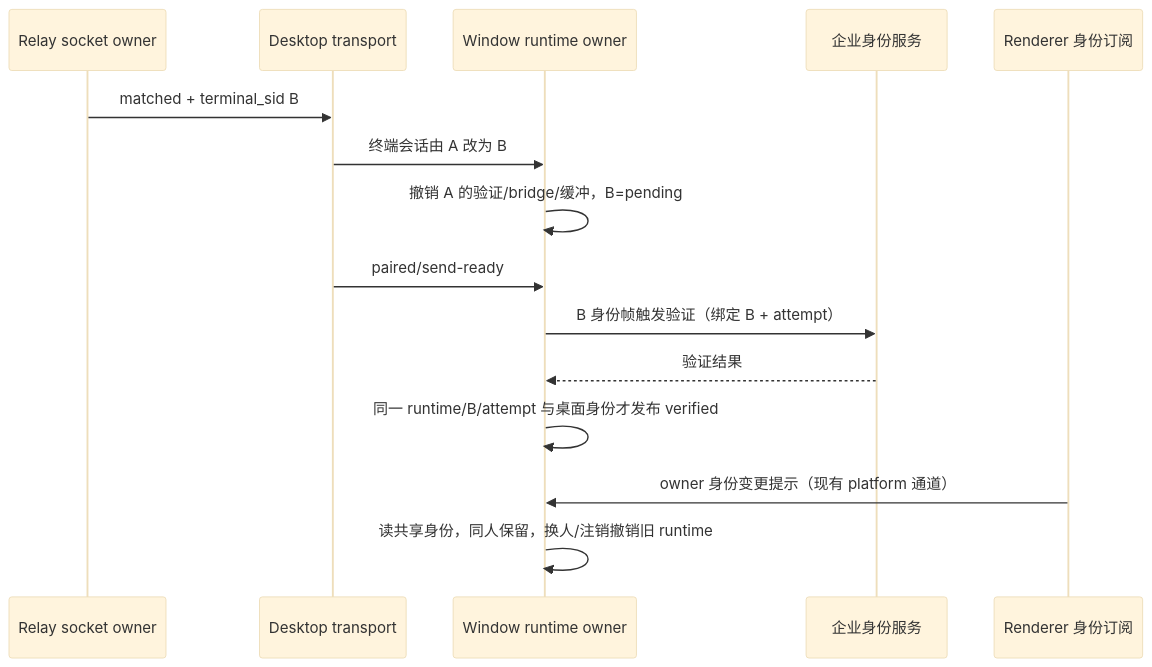
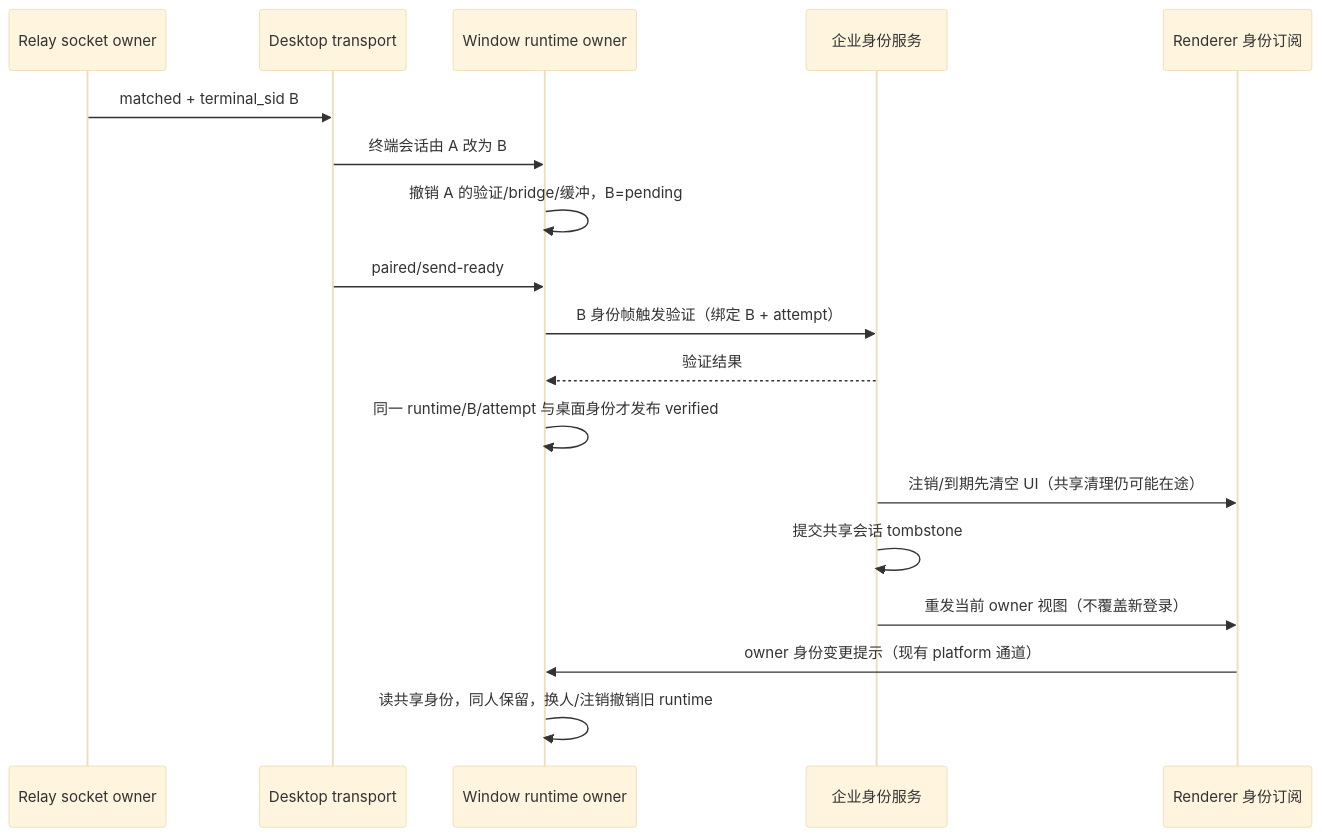
The diagram in specs/remote-control-enterprise-auth.md (Jas0nxlee/UWork_frontend), drawn with Mermaid (base theme) before and after one commit. The commit also changed other lines of this file and 3 other files, not shown here.

````diff
--- a/specs/remote-control-enterprise-auth.md
+++ b/specs/remote-control-enterprise-auth.md
@@ -61,17 +62,20 @@
 ```mermaid
 sequenceDiagram
   participant Relay as Relay socket owner
   participant Transport as Desktop transport
   participant Manager as Window runtime owner
   participant Auth as 企业身份服务
   participant UI as Renderer 身份订阅
   Relay->>Transport: matched + terminal_sid B
   Transport->>Manager: 终端会话由 A 改为 B
   Manager->>Manager: 撤销 A 的验证/bridge/缓冲，B=pending
   Transport->>Manager: paired/send-ready
   Manager->>Auth: B 身份帧触发验证（绑定 B + attempt）
   Auth-->>Manager: 验证结果
   Manager->>Manager: 同一 runtime/B/attempt 与桌面身份才发布 verified
+  Auth->>UI: 注销/到期先清空 UI（共享清理仍可能在途）
+  Auth->>Auth: 提交共享会话 tombstone
+  Auth->>UI: 重发当前 owner 视图（不覆盖新登录）
   UI->>Manager: owner 身份变更提示（现有 platform 通道）
   Manager->>Manager: 读共享身份，同人保留，换人/注销撤销旧 runtime
 ```
````
